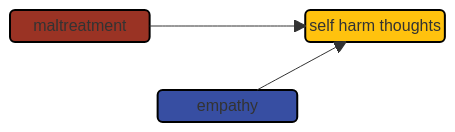
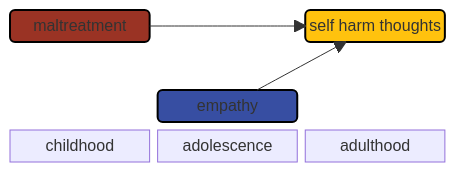
The diagram in empathy/README.md (agrogan1/closeread), drawn with Mermaid before and after one commit.

````diff
--- a/empathy/README.md
+++ b/empathy/README.md
@@ -12,18 +12,19 @@
 ```mermaid
 block
   columns 3
   m space sh
   space space space
   space e space
+  childhood adolescence adulthood
 
   m("maltreatment") --> sh("self harm thoughts")
 
   e("empathy") --> sh
 
   style m fill:#9A3324,stroke:#000000,stroke-width:2px,color:#FFFFFF;
 
   style e fill:#374EA2,stroke:#000000,stroke-width:2px,color:#FFFFFF;
 
   style sh fill:#FFC20E,stroke:#000000,stroke-width:2px,color:#000000;
 
 ```
````
